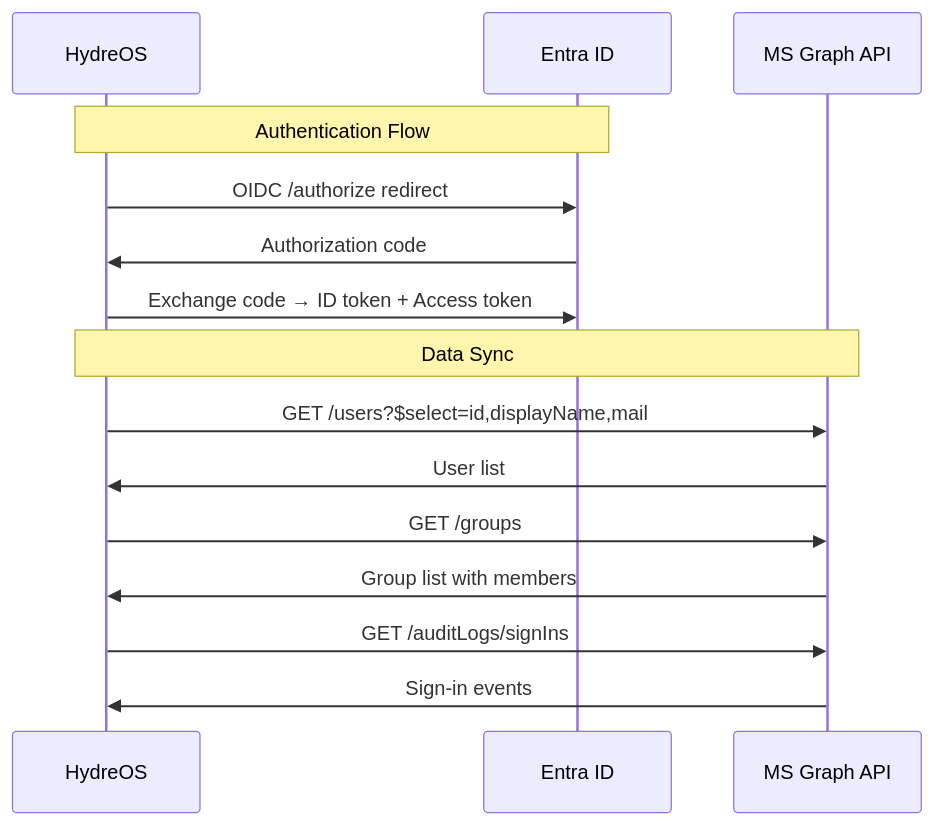
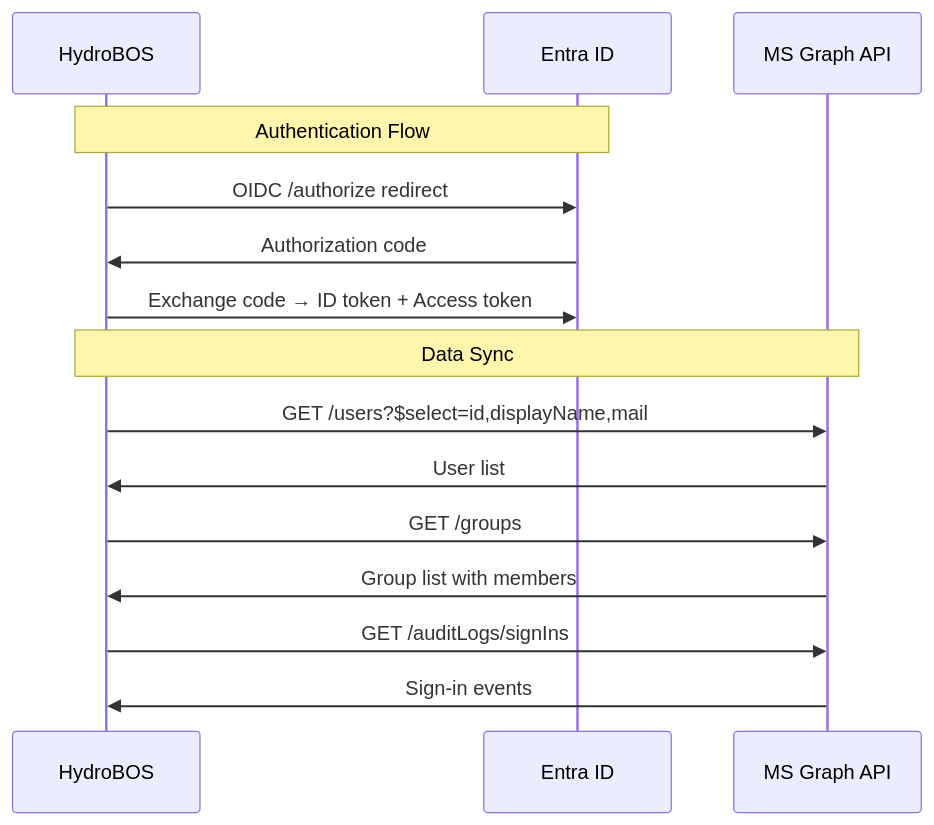
Before and after one commit to jrobinson-utahmmc/hydrobos: the third of 6 diagrams in docs/04-integration-strategy.md, drawn with Mermaid. The commit also changed other lines of this file and 11 other files, not shown here.

````diff
--- a/docs/04-integration-strategy.md
+++ b/docs/04-integration-strategy.md
@@ -121,19 +121,19 @@
 ```mermaid
 sequenceDiagram
-    participant App as HydreOS
+    participant App as HydroBOS
     participant Entra as Entra ID
     participant Graph as MS Graph API
 
     Note over App,Entra: Authentication Flow
     App->>Entra: OIDC /authorize redirect
     Entra->>App: Authorization code
     App->>Entra: Exchange code → ID token + Access token
     
     Note over App,Graph: Data Sync
     App->>Graph: GET /users?$select=id,displayName,mail
     Graph->>App: User list
     App->>Graph: GET /groups
     Graph->>App: Group list with members
     App->>Graph: GET /auditLogs/signIns
     Graph->>App: Sign-in events
 ```
````
